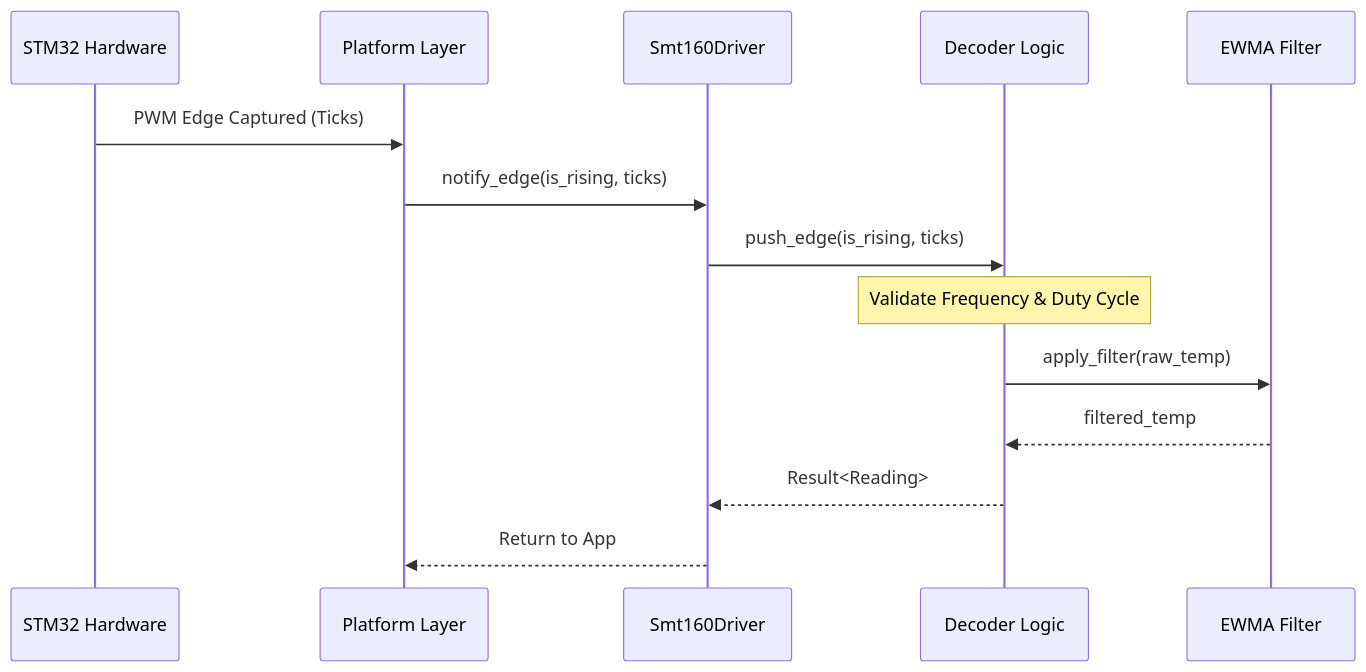
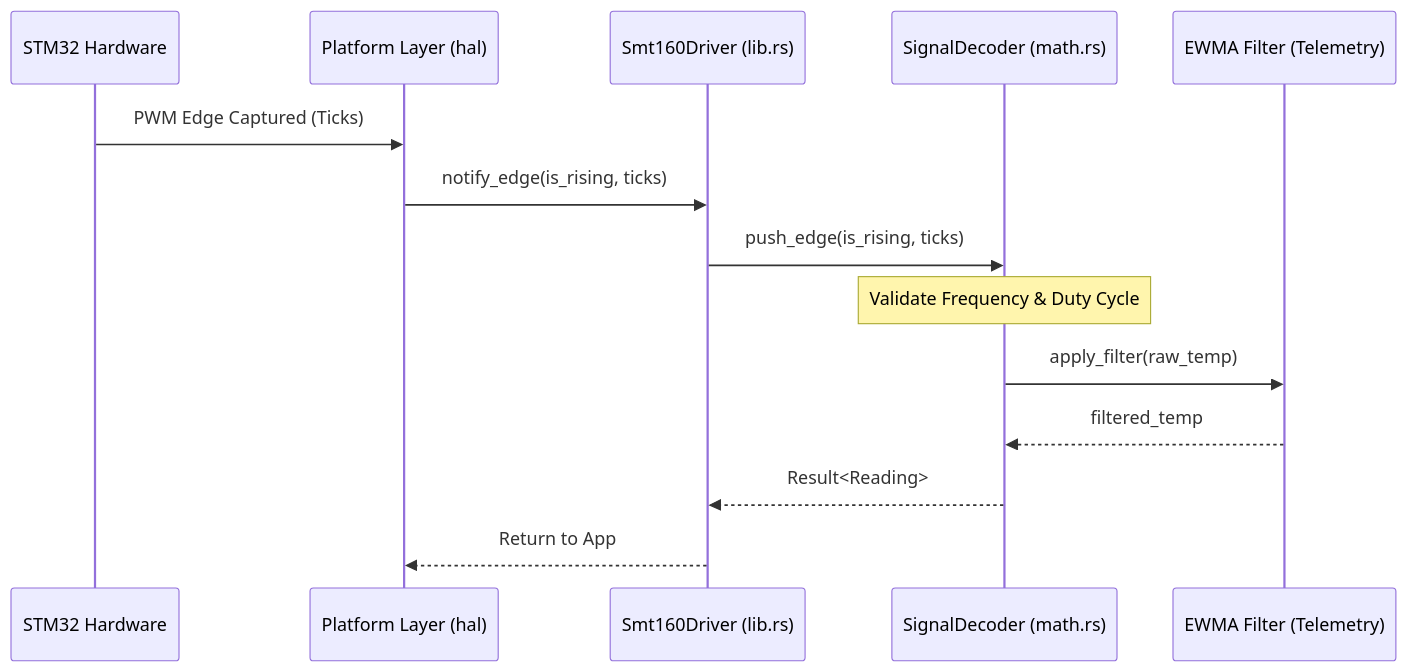
Before and after one commit to FaezBarghasa/smt160-driver: the second of 2 diagrams in Architecture.md, drawn with Mermaid. The commit also changed other lines of this file and 2 other files, not shown here.

````diff
--- a/Architecture.md
+++ b/Architecture.md
@@ -45,17 +45,17 @@
 ```mermaid
 sequenceDiagram
     participant HW as STM32 Hardware
-    participant Platform as Platform Layer
-    participant Driver as Smt160Driver
-    participant Decoder as Decoder Logic
-    participant Filter as EWMA Filter
+    participant Platform as Platform Layer (hal)
+    participant Driver as Smt160Driver (lib.rs)
+    participant SignalDecoder as SignalDecoder (math.rs)
+    participant Filter as EWMA Filter (Telemetry)
     
     HW->>Platform: PWM Edge Captured (Ticks)
     Platform->>Driver: notify_edge(is_rising, ticks)
-    Driver->>Decoder: push_edge(is_rising, ticks)
-    Note over Decoder: Validate Frequency & Duty Cycle
-    Decoder->>Filter: apply_filter(raw_temp)
-    Filter-->>Decoder: filtered_temp
-    Decoder-->>Driver: Result<Reading>
+    Driver->>SignalDecoder: push_edge(is_rising, ticks)
+    Note over SignalDecoder: Validate Frequency & Duty Cycle
+    SignalDecoder->>Filter: apply_filter(raw_temp)
+    Filter-->>SignalDecoder: filtered_temp
+    SignalDecoder-->>Driver: Result<Reading>
     Driver-->>Platform: Return to App
 ```
````
